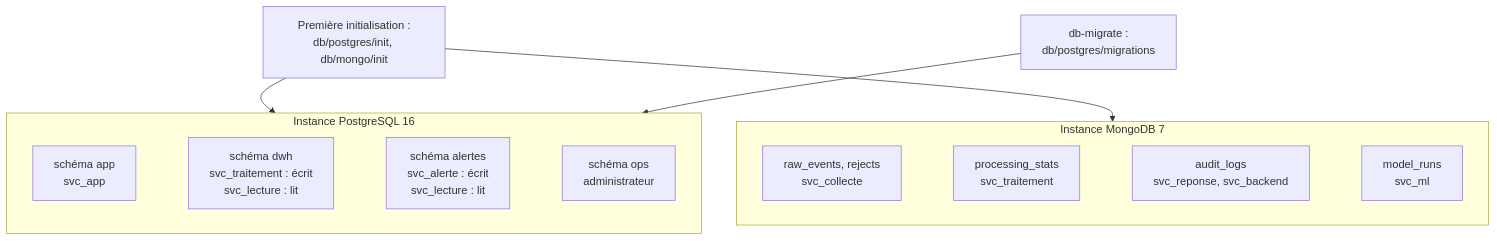
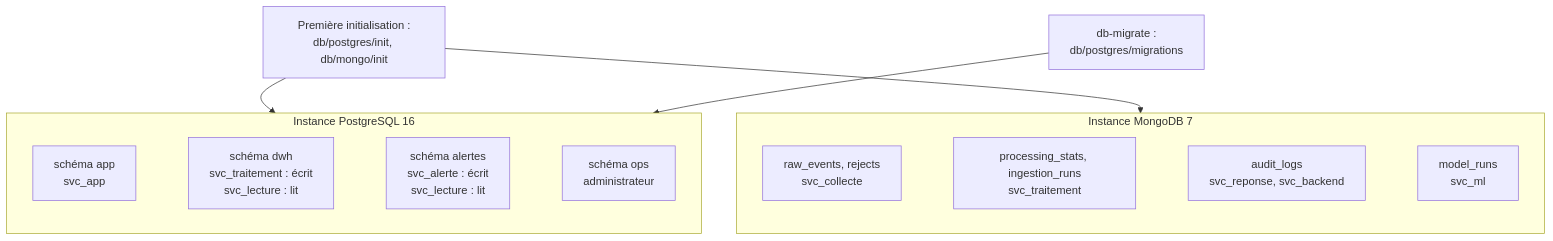
One commit to RobelManoa/novaria-core changed the diagram in docs/01-architecture/adr/ADR-024-bases-de-donnees-locales.md. Above: the diagram before and after it, drawn with Mermaid. The commit also changed other lines of this file and 33 other files, not shown here.

````diff
--- a/docs/01-architecture/adr/ADR-024-bases-de-donnees-locales.md
+++ b/docs/01-architecture/adr/ADR-024-bases-de-donnees-locales.md
@@ -51,17 +51,17 @@
 ```mermaid
 flowchart TB
     subgraph PGI["Instance PostgreSQL 16"]
         direction LR
         APP["schéma app<br/>svc_app"] ~~~ DWH["schéma dwh<br/>svc_traitement : écrit<br/>svc_lecture : lit"]
         DWH ~~~ ALT["schéma alertes<br/>svc_alerte : écrit<br/>svc_lecture : lit"]
         ALT ~~~ OPS["schéma ops<br/>administrateur"]
     end
     subgraph MGI["Instance MongoDB 7"]
         direction LR
-        C1["raw_events, rejects<br/>svc_collecte"] ~~~ C2["processing_stats<br/>svc_traitement"]
+        C1["raw_events, rejects<br/>svc_collecte"] ~~~ C2["processing_stats, ingestion_runs<br/>svc_traitement"]
         C2 ~~~ C3["audit_logs<br/>svc_reponse, svc_backend"]
         C3 ~~~ C4["model_runs<br/>svc_ml"]
     end
     INIT["Première initialisation :<br/>db/postgres/init, db/mongo/init"] --> PGI & MGI
     MIG["db-migrate :<br/>db/postgres/migrations"] --> PGI
 ```
````
